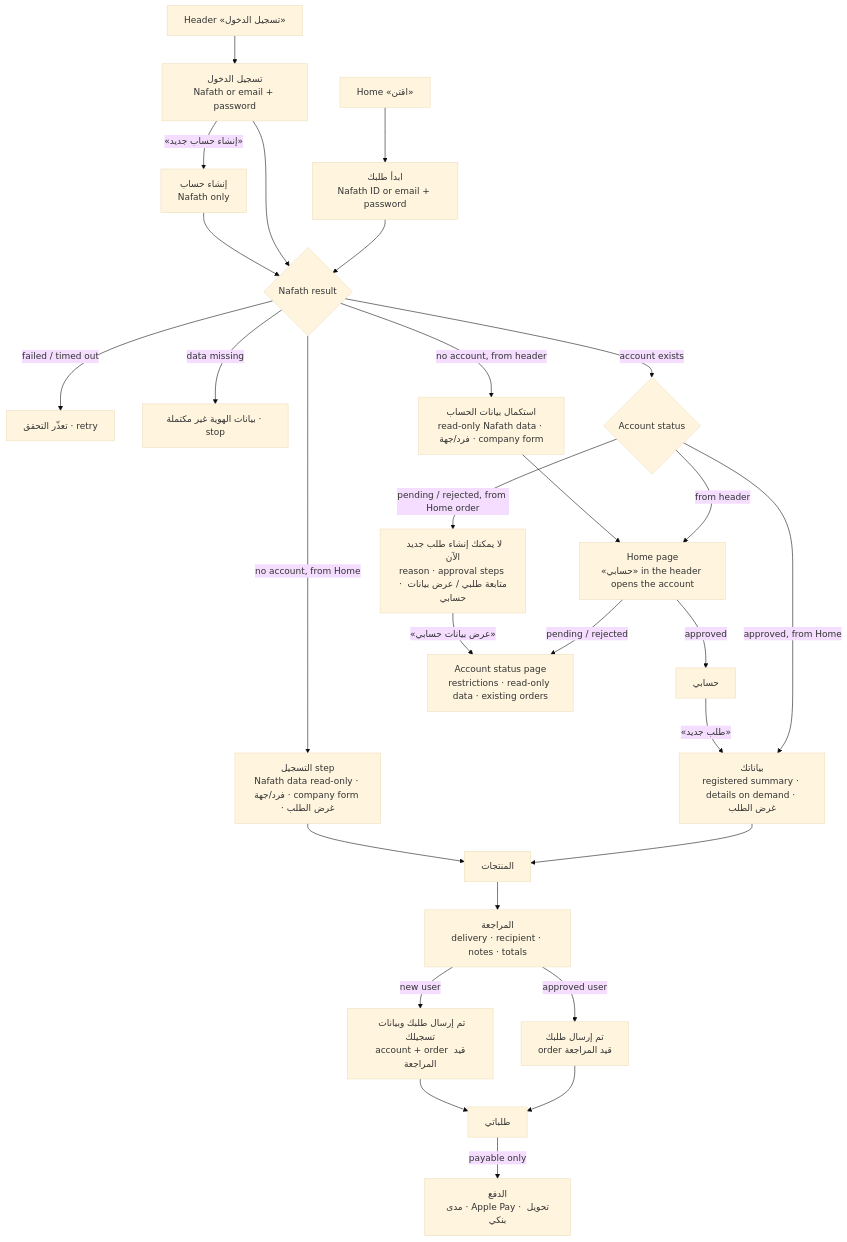
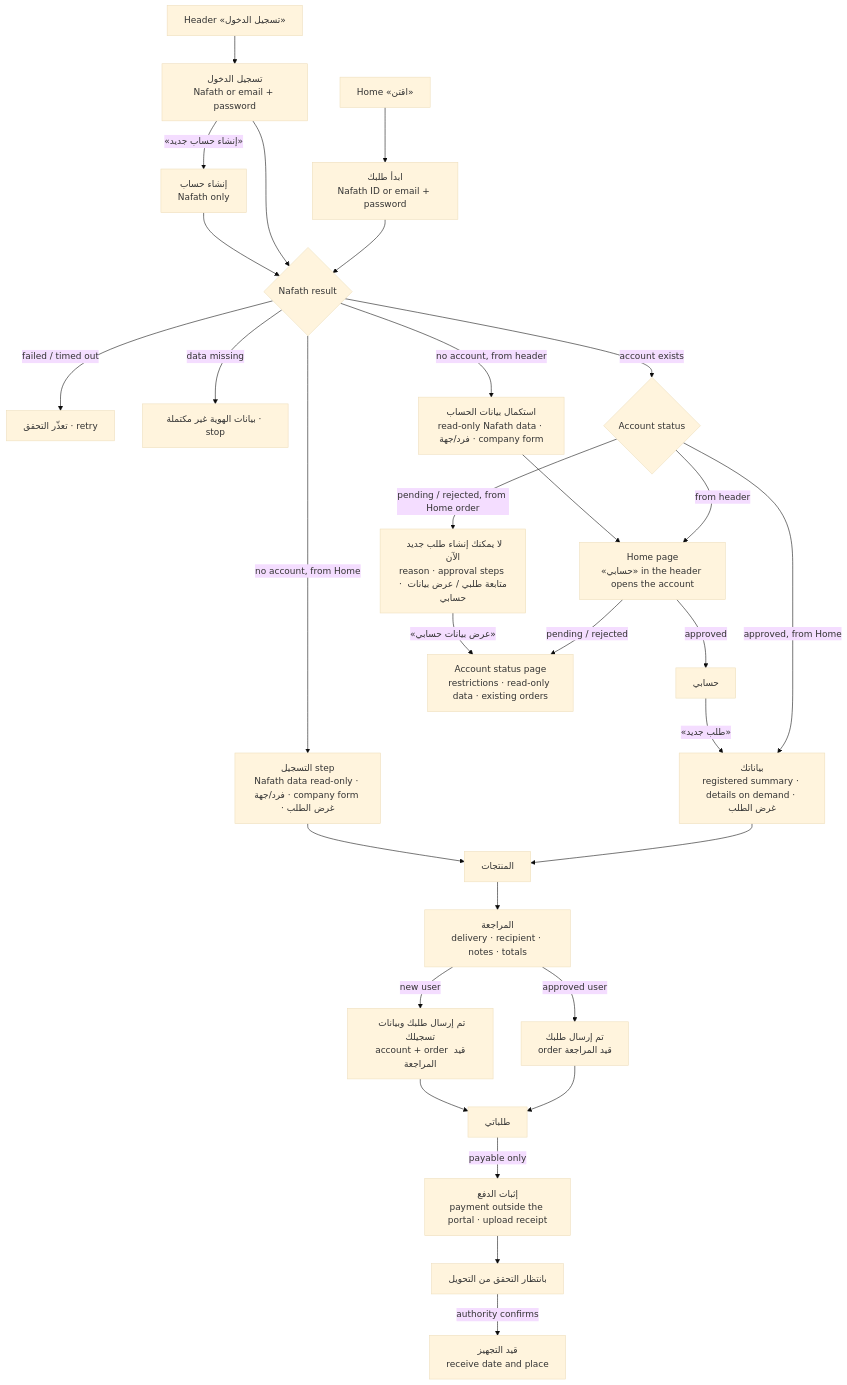
One commit to hagersaeedd363-lgtm/NTG changed the first of 3 diagrams in app/docs/portal-ux.md. Above: the diagram before and after it, drawn with Mermaid (base theme). The commit also changed other lines of this file and 16 other files, not shown here.

First line of the commit message:
Replace in-portal payment with proof-of-payment upload

````diff
--- a/app/docs/portal-ux.md
+++ b/app/docs/portal-ux.md
@@ -8,29 +8,30 @@
 ```mermaid
 flowchart TD
   H[Home «اقتن»] --> ID[ابدأ طلبك<br/>Nafath ID or email + password]
   N[Header «تسجيل الدخول»] --> L[تسجيل الدخول<br/>Nafath or email + password]
   L -- «إنشاء حساب جديد» --> R[إنشاء حساب<br/>Nafath only]
   ID --> V{Nafath result}
   L --> V
   R --> V
   V -- failed / timed out --> VF[تعذّر التحقق · retry]
   V -- data missing --> VM[بيانات الهوية غير مكتملة · stop]
   V -- account exists --> A{Account status}
   V -- no account, from Home --> REG1[التسجيل step<br/>Nafath data read-only · فرد/جهة · company form · غرض الطلب]
   V -- no account, from header --> REG2[استكمال بيانات الحساب<br/>read-only Nafath data · فرد/جهة · company form]
   A -- approved, from Home --> SUM[بياناتك<br/>registered summary · details on demand · غرض الطلب]
   A -- from header --> HM[Home page<br/>«حسابي» in the header opens the account]
   HM -- approved --> P[حسابي]
   HM -- pending / rejected --> ST[Account status page<br/>restrictions · read-only data · existing orders]
   A -- pending / rejected, from Home order --> BL[لا يمكنك إنشاء طلب جديد الآن<br/>reason · approval steps · متابعة طلبي / عرض بيانات حسابي]
   BL -- «عرض بيانات حسابي» --> ST
   P -- «طلب جديد» --> SUM
   SUM --> PR[المنتجات] --> RV[المراجعة<br/>delivery · recipient · notes · totals]
   REG1 --> PR
   RV -- approved user --> D1[تم إرسال طلبك<br/>order قيد المراجعة]
   RV -- new user --> D2[تم إرسال طلبك وبيانات تسجيلك<br/>account + order قيد المراجعة]
   REG2 --> HM
   D1 --> O[طلباتي]
   D2 --> O
-  O -- payable only --> PAY[الدفع<br/>مدى · Apple Pay · تحويل بنكي]
+  O -- payable only --> PAY[إثبات الدفع<br/>payment outside the portal · upload receipt]
+  PAY --> VER[بانتظار التحقق من التحويل] -- authority confirms --> PREP[قيد التجهيز<br/>receive date and place]
 ```
````
